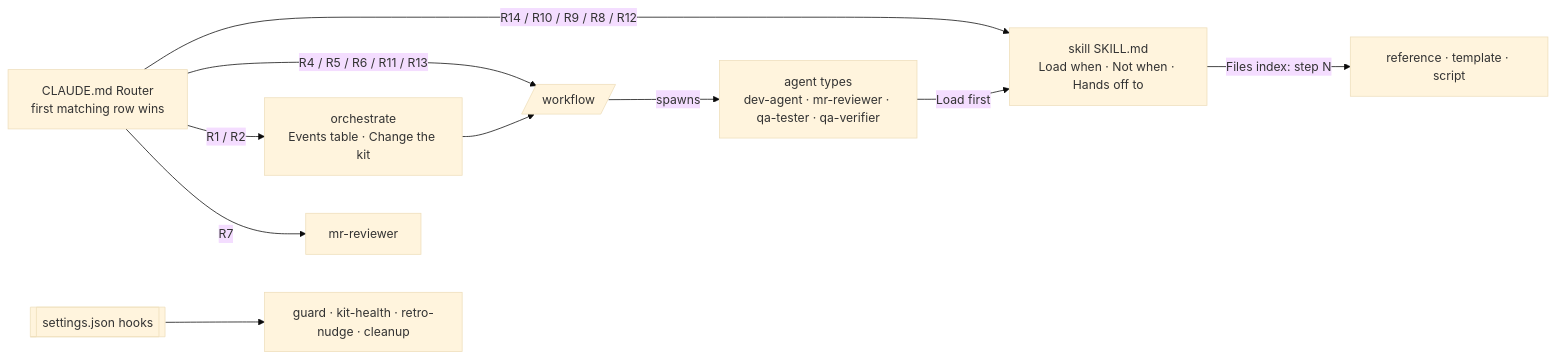
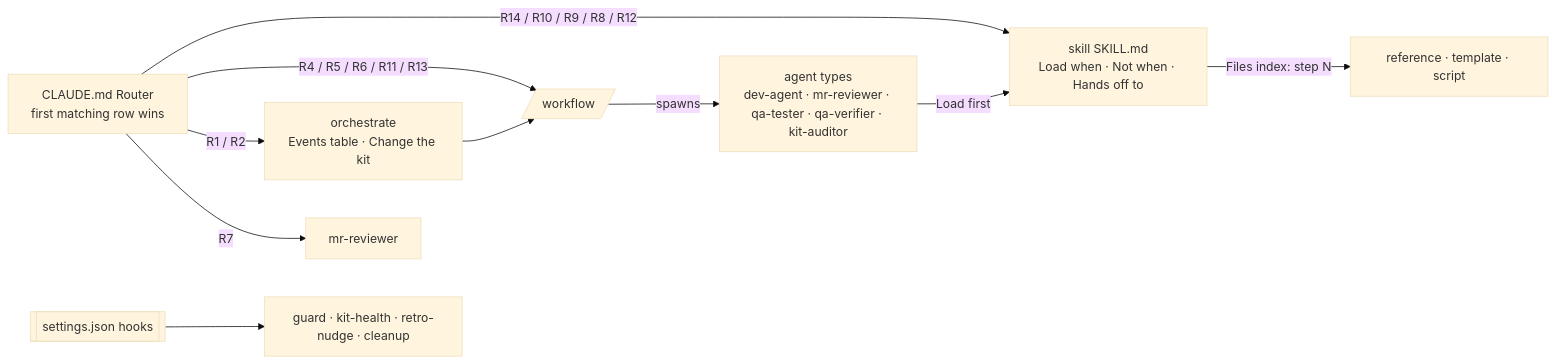
The first of 2 diagrams in docs/how-it-works.md (prskid1000/claude-crew), drawn with Mermaid (base theme) before and after one commit. The commit also changed 23 other files, not shown here.

````diff
--- a/docs/how-it-works.md
+++ b/docs/how-it-works.md
@@ -9,12 +9,12 @@
 ```mermaid
 flowchart LR
   C[CLAUDE.md Router<br/>first matching row wins] -->|R14 / R10 / R9 / R8 / R12| S[skill SKILL.md<br/>Load when · Not when · Hands off to]
   C -->|R4 / R5 / R6 / R11 / R13| W[/workflow/]
   C -->|R1 / R2| O[orchestrate<br/>Events table · Change the kit]
   C -->|R7| MR[mr-reviewer]
   O --> W
   S -->|Files index: step N| F[reference · template · script]
-  W -->|spawns| A[agent types<br/>dev-agent · mr-reviewer · qa-tester · qa-verifier]
+  W -->|spawns| A[agent types<br/>dev-agent · mr-reviewer · qa-tester · qa-verifier · kit-auditor]
   A -->|Load first| S
   H[[settings.json hooks]] --> G[guard · kit-health · retro-nudge · cleanup]
 ```
````
